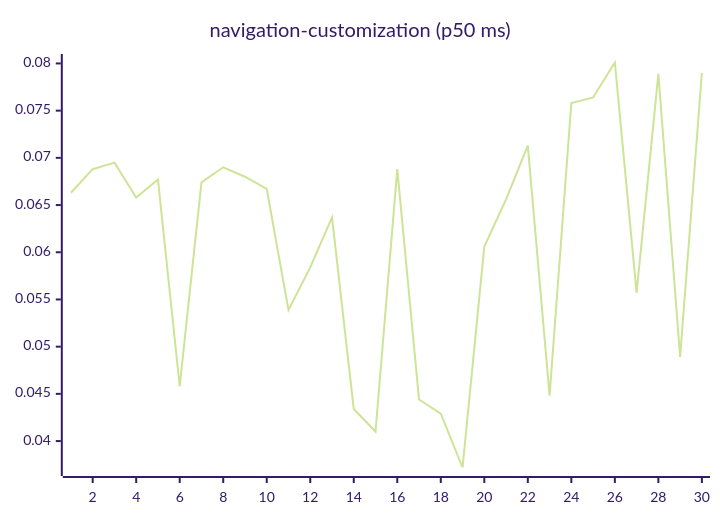
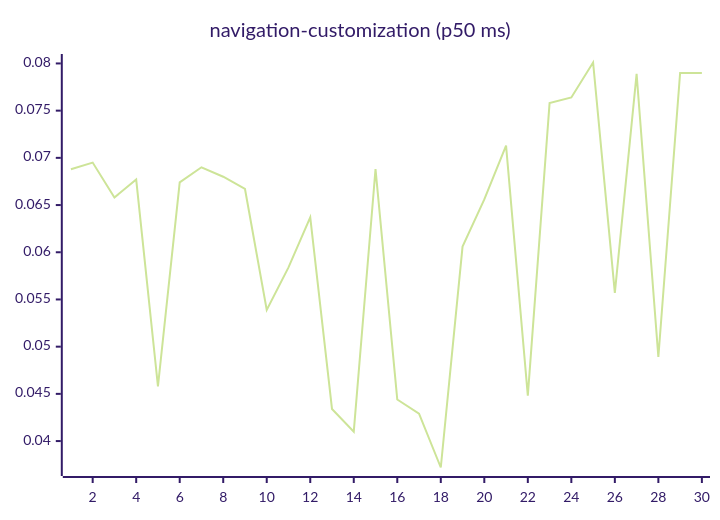
One commit to josha/Facet changed diagram 15 of 27 in README.md. Above: the diagram before and after it, drawn with Mermaid (forest theme). The commit also changed other lines of this file and 2 other files, not shown here.

````diff
--- a/README.md
+++ b/README.md
@@ -161,6 +161,6 @@
 ```mermaid
 xychart-beta
     title "navigation-customization (p50 ms)"
     x-axis 1 --> 30
-    line [0.0663, 0.0688, 0.0695, 0.0658, 0.0677, 0.0458, 0.0674, 0.0690, 0.0680, 0.0667, 0.0539, 0.0584, 0.0637, 0.0434, 0.0410, 0.0688, 0.0444, 0.0429, 0.0372, 0.0606, 0.0656, 0.0713, 0.0448, 0.0758, 0.0764, 0.0801, 0.0557, 0.0789, 0.0489, 0.0790]
+    line [0.0688, 0.0695, 0.0658, 0.0677, 0.0458, 0.0674, 0.0690, 0.0680, 0.0667, 0.0539, 0.0584, 0.0637, 0.0434, 0.0410, 0.0688, 0.0444, 0.0429, 0.0372, 0.0606, 0.0656, 0.0713, 0.0448, 0.0758, 0.0764, 0.0801, 0.0557, 0.0789, 0.0489, 0.0790, 0.0790]
 ```
````
